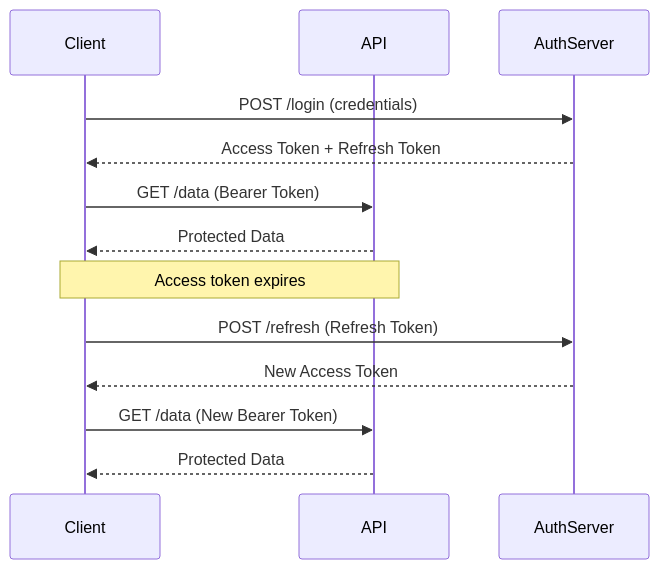
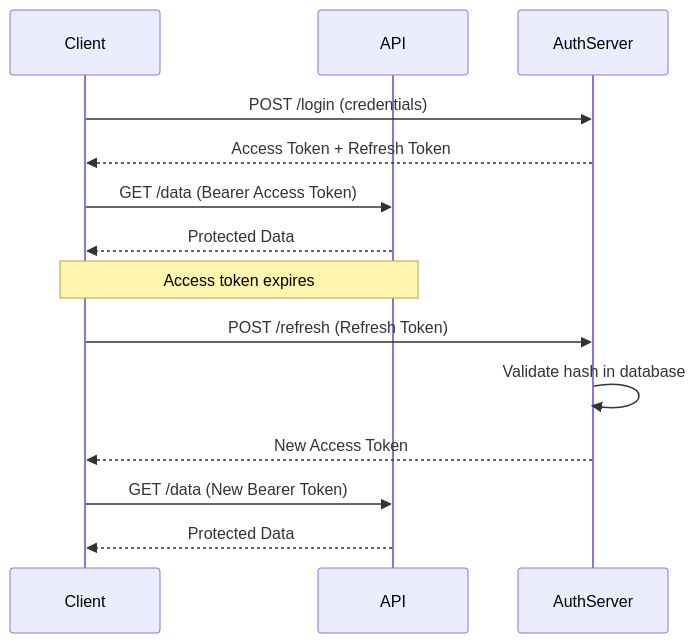
Before and after one commit to bathcat/bathcat-home: the fourth of 4 diagrams in src/content/decks/secure-stax/060-tokens.mdx, drawn with Mermaid. The commit also changed other lines of this file and 2 other files, not shown here.

````diff
--- a/src/content/decks/secure-stax/060-tokens.mdx
+++ b/src/content/decks/secure-stax/060-tokens.mdx
@@ -293,16 +326,17 @@
 ```mermaid
 sequenceDiagram
     participant Client
     participant API
     participant AuthServer
     
     Client->>AuthServer: POST /login (credentials)
     AuthServer-->>Client: Access Token + Refresh Token
-    Client->>API: GET /data (Bearer Token)
+    Client->>API: GET /data (Bearer Access Token)
     API-->>Client: Protected Data
     Note over Client,API: Access token expires
     Client->>AuthServer: POST /refresh (Refresh Token)
+    AuthServer->>AuthServer: Validate hash in database
     AuthServer-->>Client: New Access Token
     Client->>API: GET /data (New Bearer Token)
     API-->>Client: Protected Data
 ```
````
